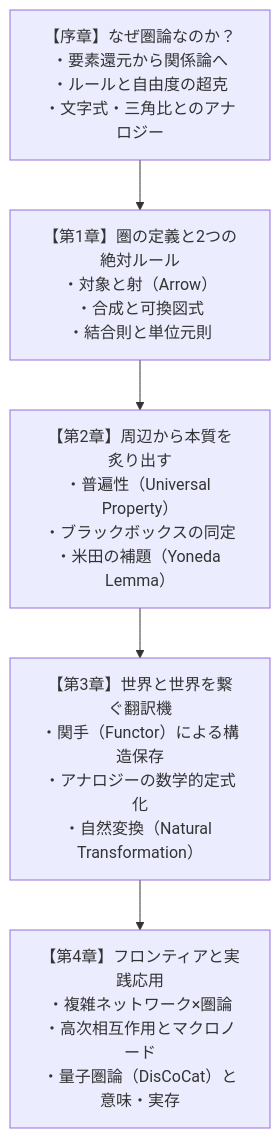
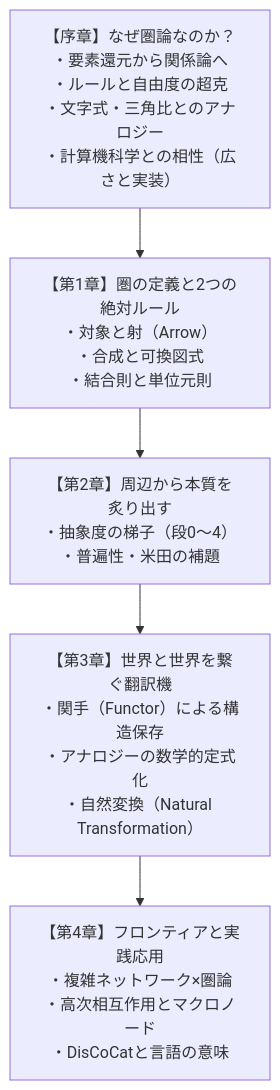
One commit to ogaogamirai/Teaching-materials changed the diagram in category-theory/README.md. Above: the diagram before and after it, drawn with Mermaid. The commit also changed other lines of this file and 13 other files, not shown here.

````diff
--- a/category-theory/README.md
+++ b/category-theory/README.md
@@ -11,7 +11,7 @@
 ```mermaid
 graph TD
-    Ch0["【序章】なぜ圏論なのか？<br>・要素還元から関係論へ<br>・ルールと自由度の超克<br>・文字式・三角比とのアナロジー"] --> Ch1["【第1章】圏の定義と2つの絶対ルール<br>・対象と射（Arrow）<br>・合成と可換図式<br>・結合則と単位元則"]
-    Ch1 --> Ch2["【第2章】周辺から本質を炙り出す<br>・普遍性（Universal Property）<br>・ブラックボックスの同定<br>・米田の補題（Yoneda Lemma）"]
+    Ch0["【序章】なぜ圏論なのか？<br>・要素還元から関係論へ<br>・ルールと自由度の超克<br>・文字式・三角比とのアナロジー<br>・計算機科学との相性（広さと実装）"] --> Ch1["【第1章】圏の定義と2つの絶対ルール<br>・対象と射（Arrow）<br>・合成と可換図式<br>・結合則と単位元則"]
+    Ch1 --> Ch2["【第2章】周辺から本質を炙り出す<br>・抽象度の梯子（段0〜4）<br>・普遍性・米田の補題"]
     Ch2 --> Ch3["【第3章】世界と世界を繋ぐ翻訳機<br>・関手（Functor）による構造保存<br>・アナロジーの数学的定式化<br>・自然変換（Natural Transformation）"]
-    Ch3 --> Ch4["【第4章】フロンティアと実践応用<br>・複雑ネットワーク×圏論<br>・高次相互作用とマクロノード<br>・量子圏論（DisCoCat）と意味・実存"]
+    Ch3 --> Ch4["【第4章】フロンティアと実践応用<br>・複雑ネットワーク×圏論<br>・高次相互作用とマクロノード<br>・DisCoCatと言語の意味"]
 ```
````
